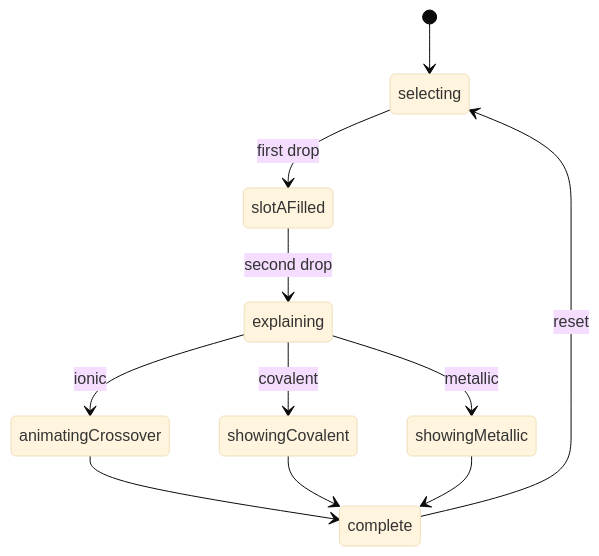
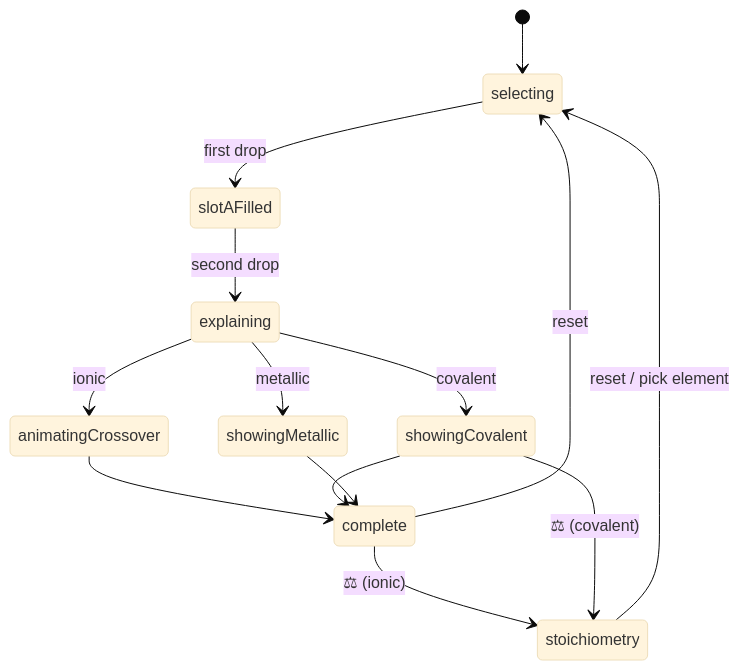
The fifth of 10 diagrams in README.md (samutayuga/ios-chem-interactive), drawn with Mermaid (base theme) before and after one commit. The commit also changed other lines of this file, not shown here.

First line of the commit message:
chore: document the stoichiometry feature in README

````diff
--- a/README.md
+++ b/README.md
@@ -199,13 +208,16 @@
 ```mermaid
 stateDiagram-v2
     [*] --> selecting
     selecting --> slotAFilled: first drop
     slotAFilled --> explaining: second drop
     explaining --> animatingCrossover: ionic
     explaining --> showingCovalent: covalent
     explaining --> showingMetallic: metallic
     animatingCrossover --> complete
     showingCovalent --> complete
     showingMetallic --> complete
+    complete --> stoichiometry: ⚖ (ionic)
+    showingCovalent --> stoichiometry: ⚖ (covalent)
     complete --> selecting: reset
+    stoichiometry --> selecting: reset / pick element
 ```
````
